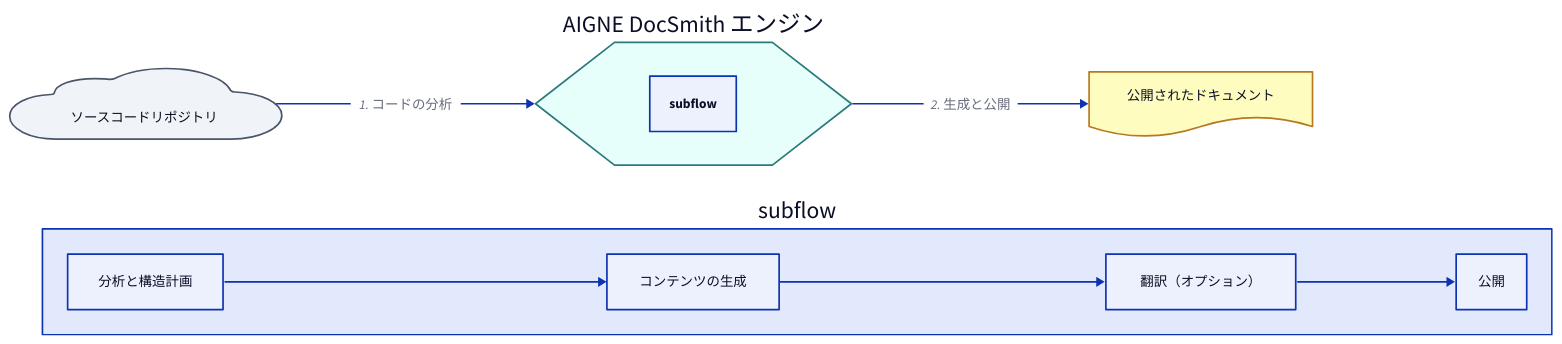
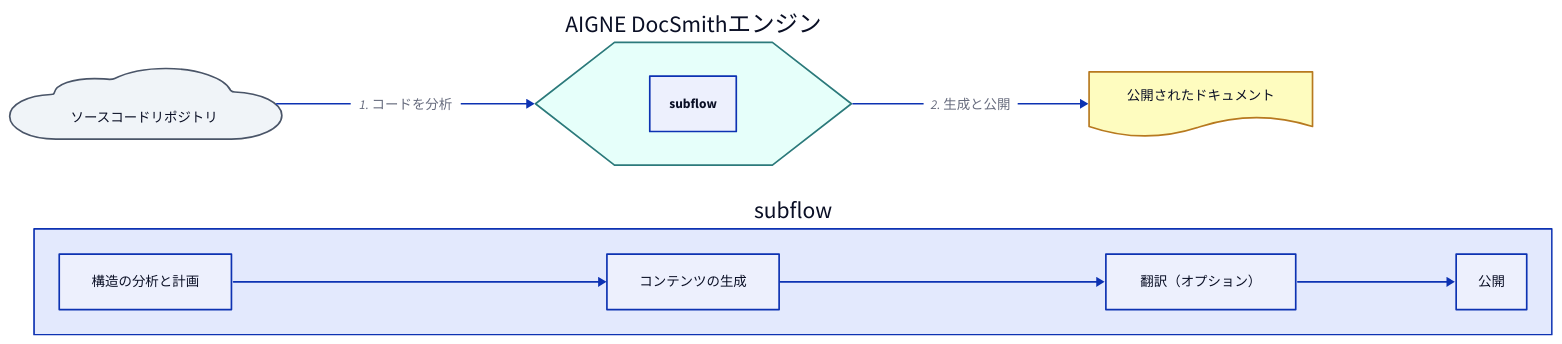
One commit to AIGNE-io/aigne-doc-smith changed the diagram in docs/overview.ja.md. Above: the diagram before and after it, drawn with D2. The commit also changed other lines of this file and 69 other files, not shown here.

````diff
--- a/docs/overview.ja.md
+++ b/docs/overview.ja.md
@@ -7,49 +7,49 @@
 ```d2
 direction: right
 style: {
   font-size: 14
 }
 
 # Actors
 source_code: "ソースコードリポジトリ" {
   shape: cloud
   style: {
     fill: "#F0F4F8"
     stroke: "#4A5568"
   }
 }
 
-docsmith: "AIGNE DocSmith エンジン" {
+docsmith: "AIGNE DocSmithエンジン" {
   shape: hexagon
   style: {
     fill: "#E6FFFA"
     stroke: "#2C7A7B"
   }
 }
 
 published_docs: "公開されたドキュメント" {
   shape: document
   style: {
     fill: "#FEFCBF"
     stroke: "#B7791F"
   }
 }
 
 # Main Flow
-source_code -> docsmith: "1. コードの分析"
+source_code -> docsmith: "1. コードを分析"
 docsmith -> published_docs: "2. 生成と公開"
 
 # DocSmith Internal Process
 subflow: {
   direction: down
   
-  analyze: "分析と構造計画"
+  analyze: "構造の分析と計画"
   generate: "コンテンツの生成"
   translate: "翻訳（オプション）"
   publish: "公開"
   
   analyze -> generate -> translate -> publish
 }
 
 docsmith.subflow: subflow
 ```
````
